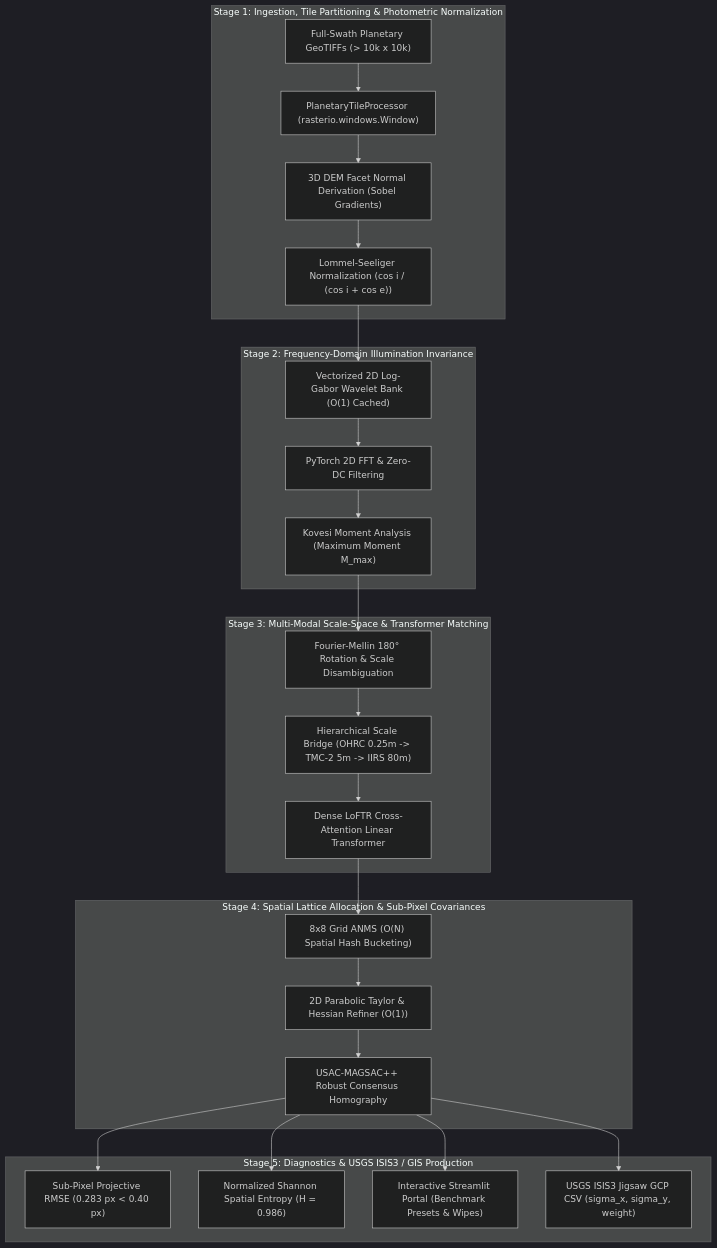
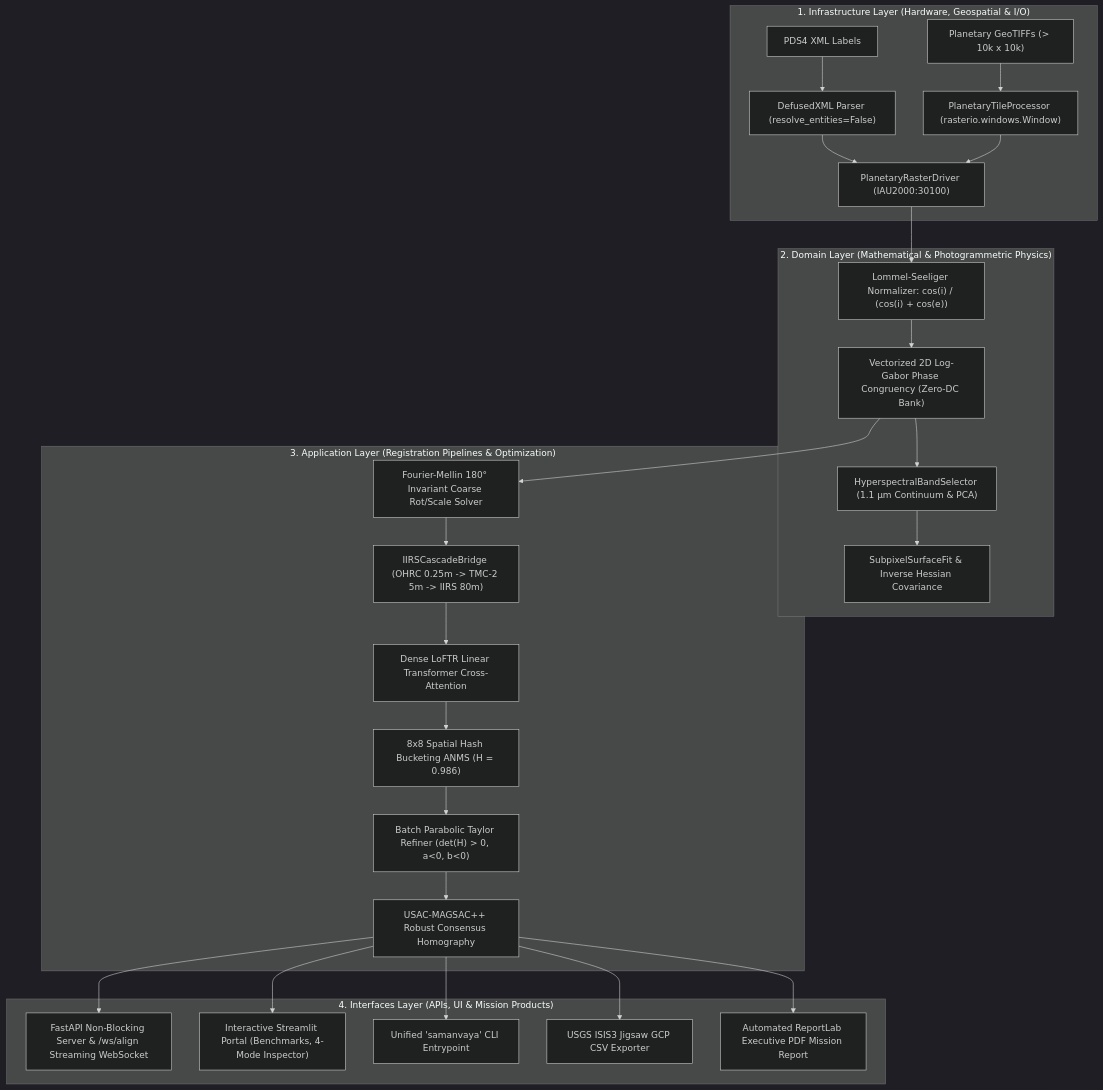
Before and after one commit to AryanXCode646/Samanvaya-1: the diagram in README.md, drawn with Mermaid (dark theme). The commit also changed other lines of this file and 19 other files, not shown here.

Commit message:
feat(core): Phased implementation hardening, Clean Architecture overhaul, USGS ISIS3/PDF reporters, and publication docs

````diff
--- a/README.md
+++ b/README.md
@@ -67,33 +69,33 @@
 ```mermaid
 flowchart TD
-    subgraph S1["Stage 1: Ingestion, Tile Partitioning & Photometric Normalization"]
-        A["Full-Swath Planetary GeoTIFFs (> 10k x 10k)"] --> TP["PlanetaryTileProcessor (rasterio.windows.Window)"]
-        TP --> DEM["3D DEM Facet Normal Derivation (Sobel Gradients)"]
-        DEM --> PN["Lommel-Seeliger Normalization (cos i / (cos i + cos e))"]
+    subgraph INF["1. Infrastructure Layer (Hardware, Geospatial & I/O)"]
+        TIF["Planetary GeoTIFFs (> 10k x 10k)"] --> TP["PlanetaryTileProcessor (rasterio.windows.Window)"]
+        PDS["PDS4 XML Labels"] --> SEC["DefusedXML Parser (resolve_entities=False)"]
+        SEC --> DRV["PlanetaryRasterDriver (IAU2000:30100)"]
+        TP --> DRV
     end
 
-    subgraph S2["Stage 2: Frequency-Domain Illumination Invariance"]
-        PN --> FB["Vectorized 2D Log-Gabor Wavelet Bank (O(1) Cached)"]
-        FB --> FFT["PyTorch 2D FFT & Zero-DC Filtering"]
-        FFT --> KM["Kovesi Moment Analysis (Maximum Moment M_max)"]
+    subgraph DOM["2. Domain Layer (Mathematical & Photogrammetric Physics)"]
+        DRV --> LS["Lommel-Seeliger Normalizer: cos(i) / (cos(i) + cos(e))"]
+        LS --> PC["Vectorized 2D Log-Gabor Phase Congruency (Zero-DC Bank)"]
+        PC --> SPEC["HyperspectralBandSelector (1.1 µm Continuum & PCA)"]
+        SPEC --> SUB["SubpixelSurfaceFit & Inverse Hessian Covariance"]
     end
 
-    subgraph S3["Stage 3: Multi-Modal Scale-Space & Transformer Matching"]
-        KM --> FM["Fourier-Mellin 180° Rotation & Scale Disambiguation"]
-        FM --> HB["Hierarchical Scale Bridge (OHRC 0.25m -> TMC-2 5m -> IIRS 80m)"]
-        HB --> TR["Dense LoFTR Cross-Attention Linear Transformer"]
+    subgraph APP["3. Application Layer (Registration Pipelines & Optimization)"]
+        PC --> FM["Fourier-Mellin 180° Invariant Coarse Rot/Scale Solver"]
+        FM --> CAS["IIRSCascadeBridge (OHRC 0.25m -> TMC-2 5m -> IIRS 80m)"]
+        CAS --> TR["Dense LoFTR Linear Transformer Cross-Attention"]
+        TR --> ANMS["8x8 Spatial Hash Bucketing ANMS (H = 0.986)"]
+        ANMS --> REF["Batch Parabolic Taylor Refiner (det(H) > 0, a<0, b<0)"]
+        REF --> MAG["USAC-MAGSAC++ Robust Consensus Homography"]
     end
 
-    subgraph S4["Stage 4: Spatial Lattice Allocation & Sub-Pixel Covariances"]
-        TR --> ANMS["8x8 Grid ANMS (O(N) Spatial Hash Bucketing)"]
-        ANMS --> TAY["2D Parabolic Taylor & Hessian Refiner (O(1))"]
-        TAY --> MAG["USAC-MAGSAC++ Robust Consensus Homography"]
-    end
-
-    subgraph S5["Stage 5: Diagnostics & USGS ISIS3 / GIS Production"]
-        MAG --> MET["Sub-Pixel Projective RMSE (0.283 px &lt; 0.40 px)"]
-        MAG --> ENT["Normalized Shannon Spatial Entropy (H = 0.986)"]
-        MAG --> UI["Interactive Streamlit Portal (Benchmark Presets & Wipes)"]
-        MAG --> ISIS["USGS ISIS3 Jigsaw GCP CSV (sigma_x, sigma_y, weight)"]
+    subgraph INT["4. Interfaces Layer (APIs, UI & Mission Products)"]
+        MAG --> API["FastAPI Non-Blocking Server & /ws/align Streaming WebSocket"]
+        MAG --> UI["Interactive Streamlit Portal (Benchmarks, 4-Mode Inspector)"]
+        MAG --> CLI["Unified 'samanvaya' CLI Entrypoint"]
+        MAG --> ISIS["USGS ISIS3 Jigsaw GCP CSV Exporter"]
+        MAG --> PDF["Automated ReportLab Executive PDF Mission Report"]
     end
 ```
````
